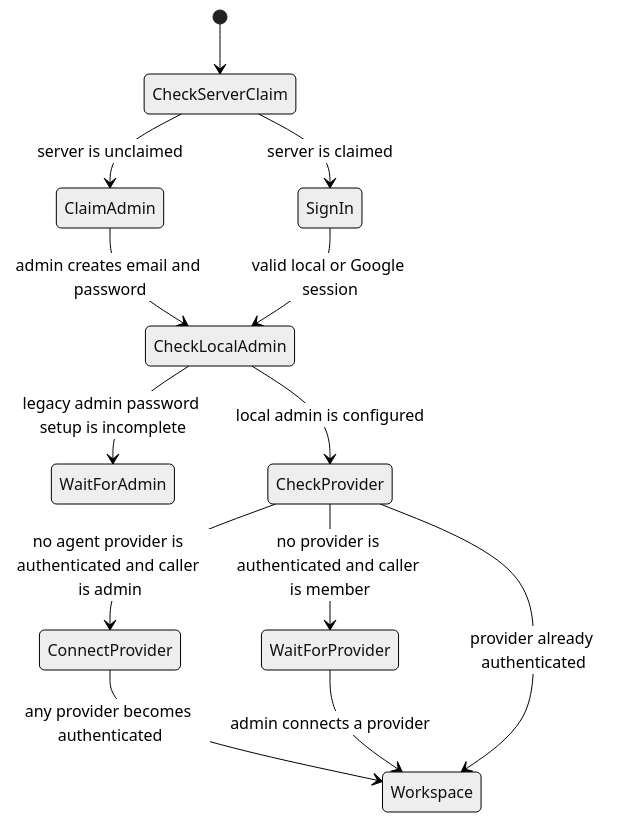
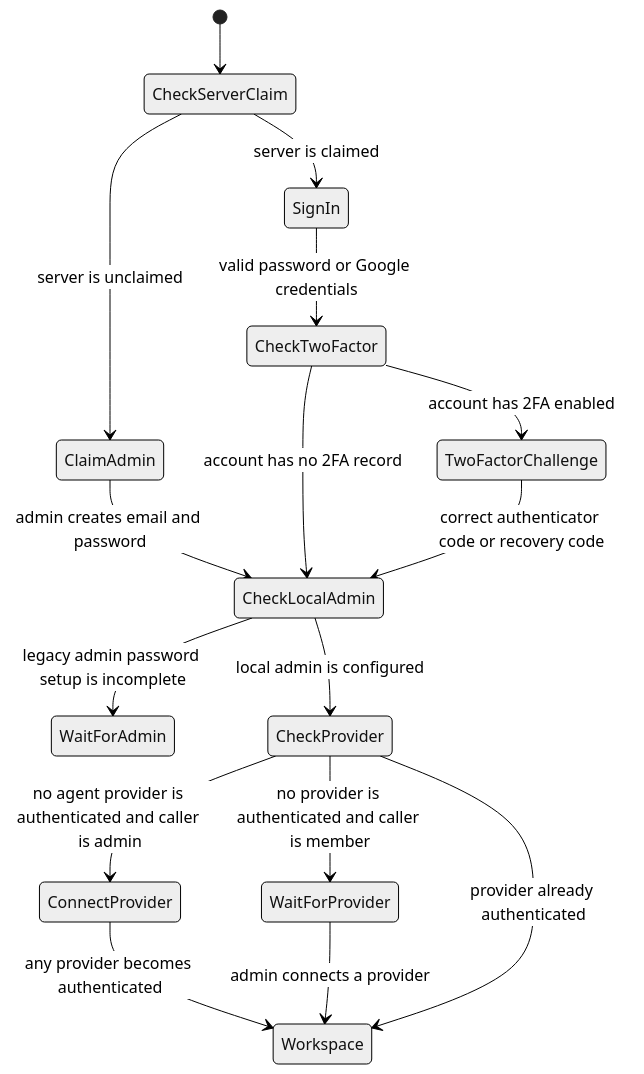
One commit to AbdallahMohamedDotnet/remote.futrx changed the first of 6 diagrams in docs/02-workspaces/02-auth-users-and-access.md. Above: the diagram before and after it, drawn with Mermaid (neutral theme). The commit also changed other lines of this file and 58 other files, not shown here.

First line of the commit message:
feat(auth): add opt-in TOTP 2FA, single active session, sign-in history, and recovery-code alerts

````diff
--- a/docs/02-workspaces/02-auth-users-and-access.md
+++ b/docs/02-workspaces/02-auth-users-and-access.md
@@ -12,15 +12,18 @@
 ```mermaid
 stateDiagram-v2
     [*] --> CheckServerClaim
     CheckServerClaim --> ClaimAdmin: server is unclaimed
     CheckServerClaim --> SignIn: server is claimed
     ClaimAdmin --> CheckLocalAdmin: admin creates email and password
-    SignIn --> CheckLocalAdmin: valid local or Google session
+    SignIn --> CheckTwoFactor: valid password or Google credentials
+    CheckTwoFactor --> TwoFactorChallenge: account has 2FA enabled
+    CheckTwoFactor --> CheckLocalAdmin: account has no 2FA record
+    TwoFactorChallenge --> CheckLocalAdmin: correct authenticator code or recovery code
     CheckLocalAdmin --> WaitForAdmin: legacy admin password setup is incomplete
     CheckLocalAdmin --> CheckProvider: local admin is configured
     CheckProvider --> ConnectProvider: no agent provider is authenticated and caller is admin
     CheckProvider --> WaitForProvider: no provider is authenticated and caller is member
     ConnectProvider --> Workspace: any provider becomes authenticated
     WaitForProvider --> Workspace: admin connects a provider
     CheckProvider --> Workspace: provider already authenticated
 ```
````
